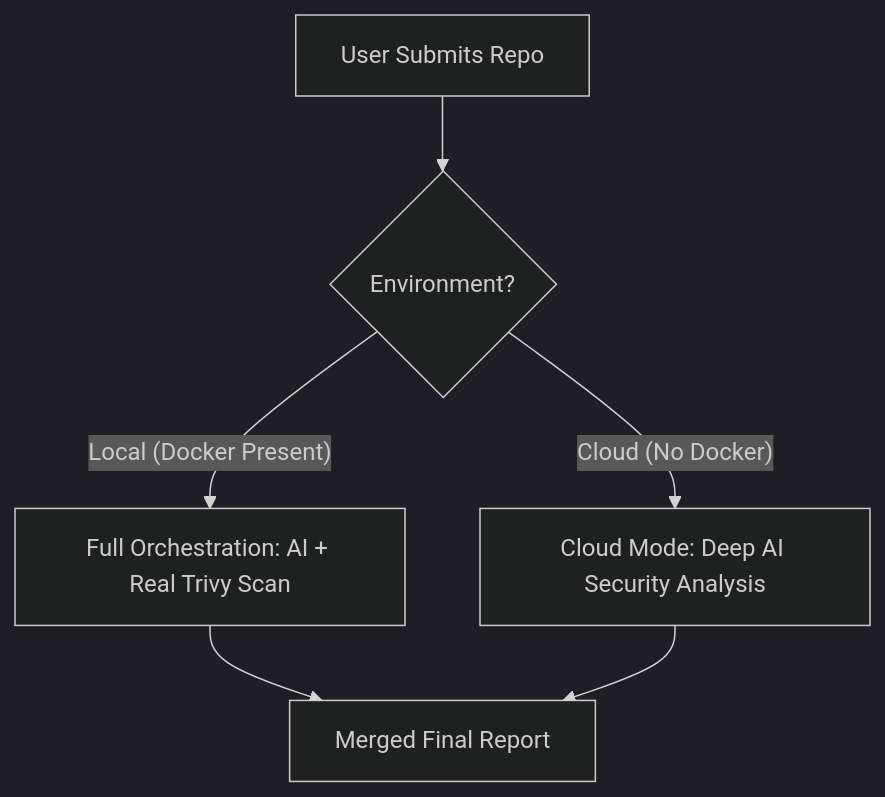
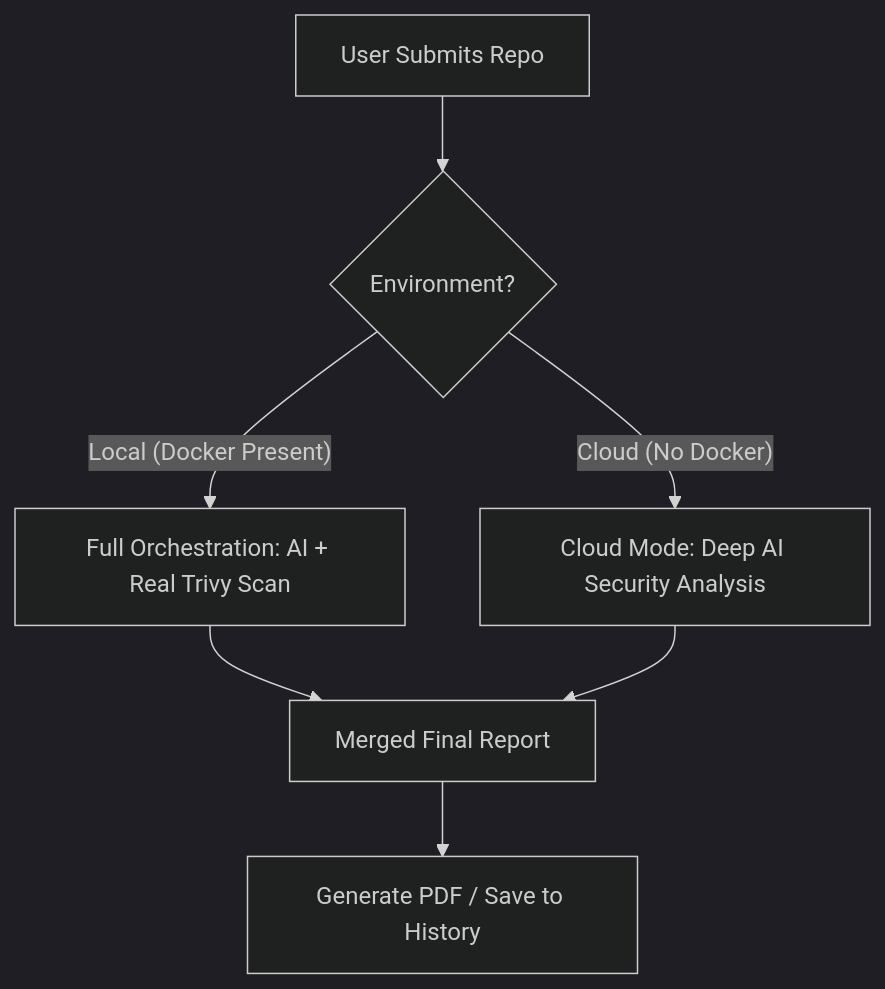
The diagram in README.md (wasifshaffaq/devops-auditor), drawn with Mermaid (dark theme) before and after one commit. The commit also changed other lines of this file, not shown here.

Commit message:
Docs: Update README to include Live Terminal, Audit History, and PDF Export features

````diff
--- a/README.md
+++ b/README.md
@@ -47,8 +54,9 @@
 ```mermaid
 graph TD
     A[User Submits Repo] --> B{Environment?}
     B -- "Local (Docker Present)" --> C[Full Orchestration: AI + Real Trivy Scan]
     B -- "Cloud (No Docker)" --> D[Cloud Mode: Deep AI Security Analysis]
     C --> E[Merged Final Report]
     D --> E[Merged Final Report]
+    E --> F[Generate PDF / Save to History]
 ```
````
